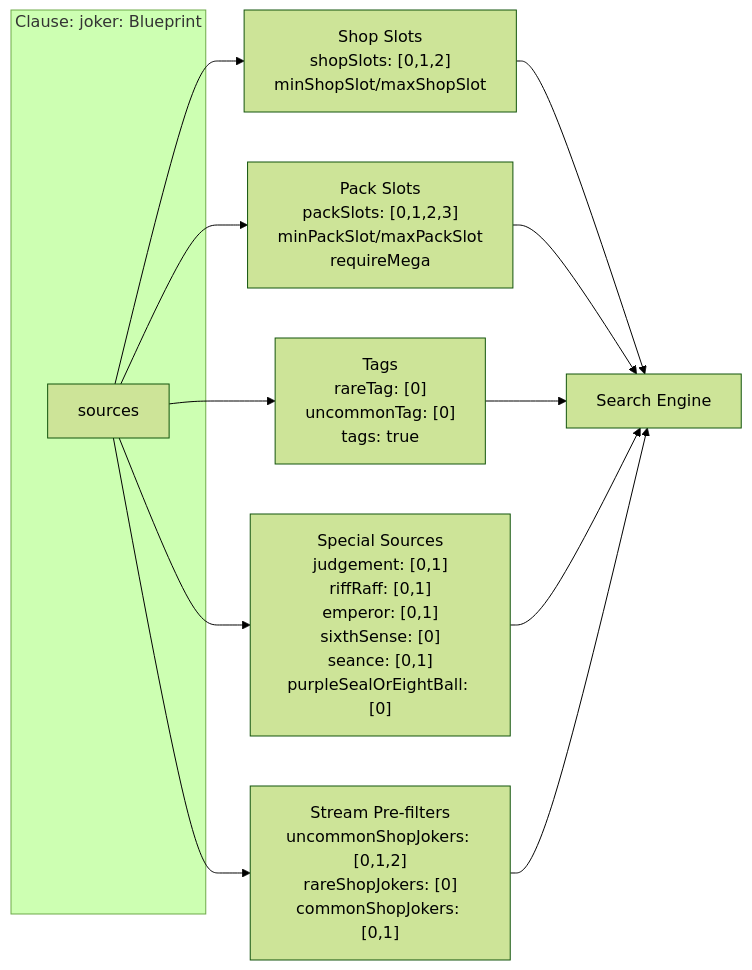
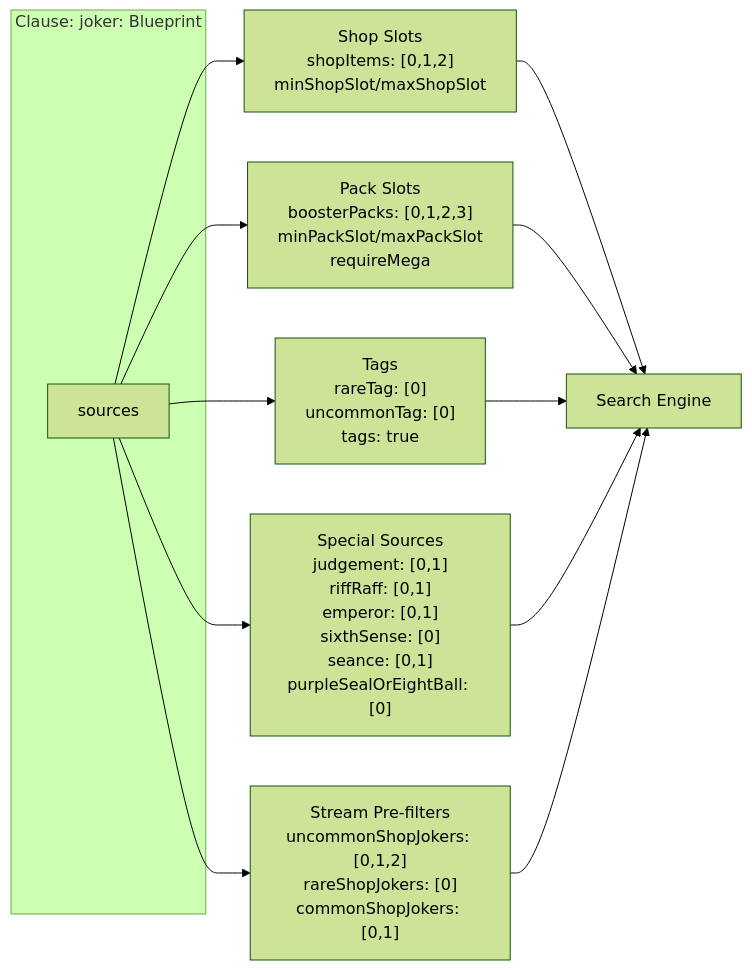
Before and after one commit to OptimusPi/Motely: the sixth of 10 diagrams in docs/JAML_UI_ARCHITECTURE.md, drawn with Mermaid (forest theme). The commit also changed other lines of this file and 11 other files, not shown here.

Commit message:
schema update

````diff
--- a/docs/JAML_UI_ARCHITECTURE.md
+++ b/docs/JAML_UI_ARCHITECTURE.md
@@ -238,18 +238,18 @@
 ```mermaid
 flowchart LR
     subgraph Clause["Clause: joker: Blueprint"]
         S[sources]
     end
 
-    S --> Shop["Shop Slots<br/>shopSlots: [0,1,2]<br/>minShopSlot/maxShopSlot"]
-    S --> Pack["Pack Slots<br/>packSlots: [0,1,2,3]<br/>minPackSlot/maxPackSlot<br/>requireMega"]
+    S --> Shop["Shop Slots<br/>shopItems: [0,1,2]<br/>minShopSlot/maxShopSlot"]
+    S --> Pack["Pack Slots<br/>boosterPacks: [0,1,2,3]<br/>minPackSlot/maxPackSlot<br/>requireMega"]
     S --> Tag["Tags<br/>rareTag: [0]<br/>uncommonTag: [0]<br/>tags: true"]
     S --> Special["Special Sources<br/>judgement: [0,1]<br/>riffRaff: [0,1]<br/>emperor: [0,1]<br/>sixthSense: [0]<br/>seance: [0,1]<br/>purpleSealOrEightBall: [0]"]
     S --> Stream["Stream Pre-filters<br/>uncommonShopJokers: [0,1,2]<br/>rareShopJokers: [0]<br/>commonShopJokers: [0,1]"]
 
     Shop --> Engine[Search Engine]
     Pack --> Engine
     Tag --> Engine
     Special --> Engine
     Stream --> Engine
 ```
````
